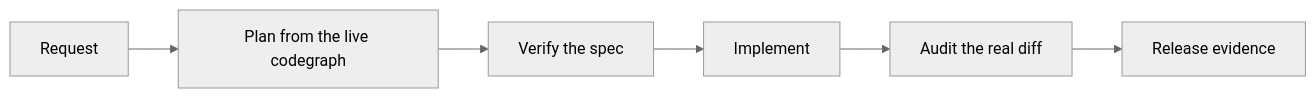
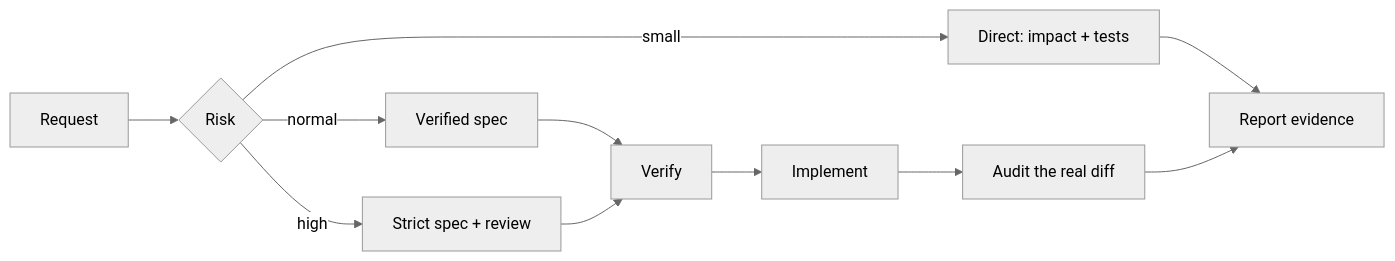
Before and after one commit to xcrft/mastermind: the diagram in README.md, drawn with Mermaid (neutral theme). The commit also changed other lines of this file and 30 other files, not shown here.

````diff
--- a/README.md
+++ b/README.md
@@ -110,8 +112,13 @@
 ```mermaid
 flowchart LR
-  U["Request"] --> P["Plan from the live codegraph"]
-  P --> V["Verify the spec"]
+  U["Request"] --> M{"Risk"}
+  M -->|small| D["Direct: impact + tests"]
+  M -->|normal| P["Verified spec"]
+  M -->|high| S["Strict spec + review"]
+  P --> V["Verify"]
+  S --> V
   V --> E["Implement"]
   E --> A["Audit the real diff"]
-  A --> R["Release evidence"]
+  D --> R["Report evidence"]
+  A --> R
 ```
````
